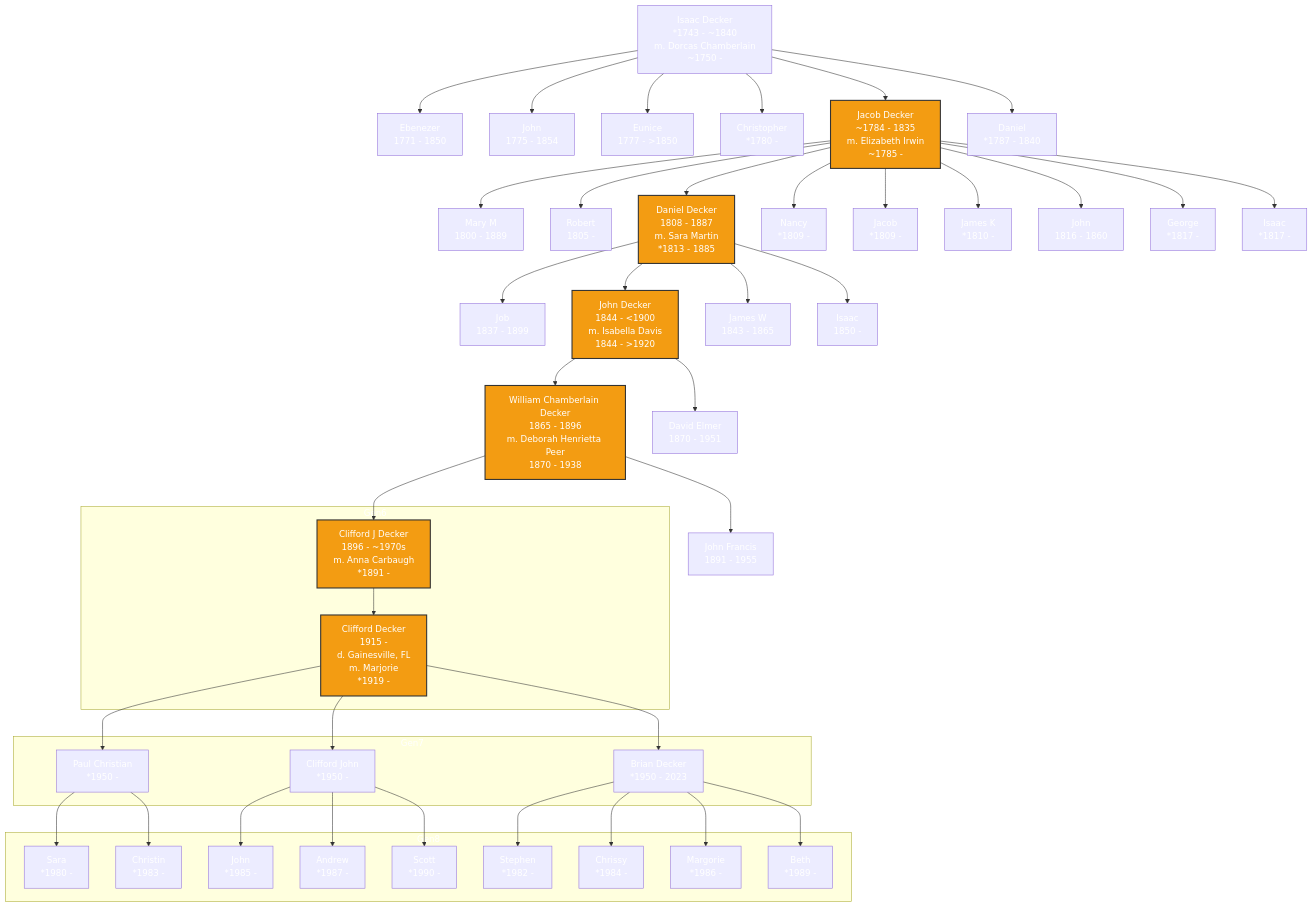
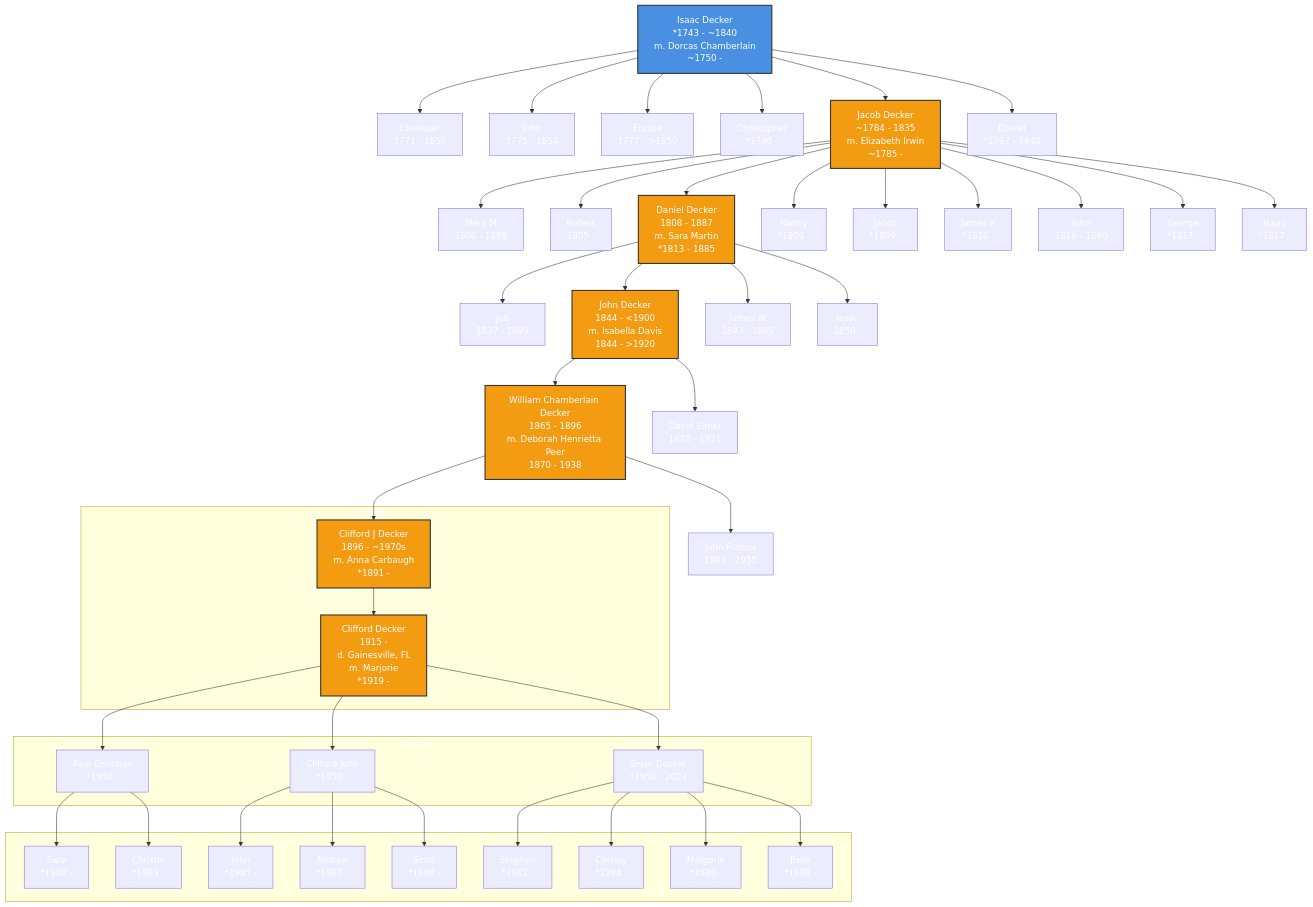
Before and after one commit to Deck-J/geneology: the diagram in README.md, drawn with Mermaid.

`````diff
--- a/README.md
+++ b/README.md
@@ -10,55 +10,55 @@
 ```mermaid
 graph TD
-    A[Isaac Decker<br>*1743 - ~1840<br>m. Dorcas Chamberlain<br>~1750 - ] --> B[Ebenezer<br>1771 - 1850]
+    A[Isaac Decker<br>*1743 - ~1840<br>m. Dorcas Chamberlain<br>~1750 - ]:::root --> B[Ebenezer<br>1771 - 1850]
     A --> C[John<br>1775 - 1854]
     A --> D[Eunice<br>1777 - >1850]
     A --> E[Christopher<br>*1780 - ]
     A --> F[Jacob Decker<br>~1784 - 1835<br>m. Elizabeth Irwin<br>~1785 - ]:::direct
     A --> G[Daniel<br>*1787 - 1840]
 
     F --> H[Mary M<br>1800 - 1889]
     F --> I[Robert<br>1805 - ]
     F --> J[Daniel Decker<br>1808 - 1887<br>m. Sara Martin<br>*1813 - 1885]:::direct
     F --> K[Nancy<br>*1809 - ]
     F --> L[Jacob<br>*1809 - ]
     F --> M[James K<br>*1810 - ]
     F --> N[John<br>1816 - 1860]
     F --> O[George<br>*1817 - ]
     F --> P[Isaac<br>*1817 - ]
 
     J --> Q[Job<br>1837 - 1899]
     J --> R[John Decker<br>1844 - <1900<br>m. Isabella Davis<br>1844 - >1920]:::direct
     J --> S[James W<br>1843 - 1865]
     J --> T[Isaac<br>1850 - ]
 
     R --> U[William Chamberlain Decker<br>1865 - 1896<br>m. Deborah Henrietta Peer<br>1870 - 1938]:::direct
     R --> V[David Elmer<br>1870 - 1951]
 
     U --> W[John Francis<br>1891 - 1955]
     U --> X[Clifford J Decker<br>1896 - ~1970s<br>m. Anna Carbaugh<br>*1891 - ]:::direct
 
     subgraph Gen6
         X --> Y[Clifford Decker<br>1915 - <br>d. Gainesville, FL<br>m. Marjorie<br>*1919 - ]:::direct
     end
 
     subgraph Gen7
         Y --> Z1[Paul Christian<br>*1950 - ]
         Y --> Z2[Clifford John<br>*1950 - ]
         Y --> Z3[Brian Decker<br>*1950 - 2023]
     end
 
     subgraph Gen8
         Z1 --> AA[Sara<br>*1980 - ]
         Z1 --> AB[Christin<br>*1983 - ]
         Z2 --> AC[John<br>*1985 - ]
         Z2 --> AD[Andrew<br>*1987 - ]
         Z2 --> AE[Scott<br>*1990 - ]
         Z3 --> AF[Stephen<br>*1982 - ]
         Z3 --> AG[Chrissy<br>*1984 - ]
         Z3 --> AH[Margorie<br>*1986 - ]
         Z3 --> AI[Beth<br>*1989 - ]
     end
 
     classDef root fill:#4A90E2,stroke:#333,stroke-width:2px,color:#FFF;
     classDef direct fill:#F39C12,stroke:#333,stroke-width:2px,color:#FFF;
-````
+```
`````
